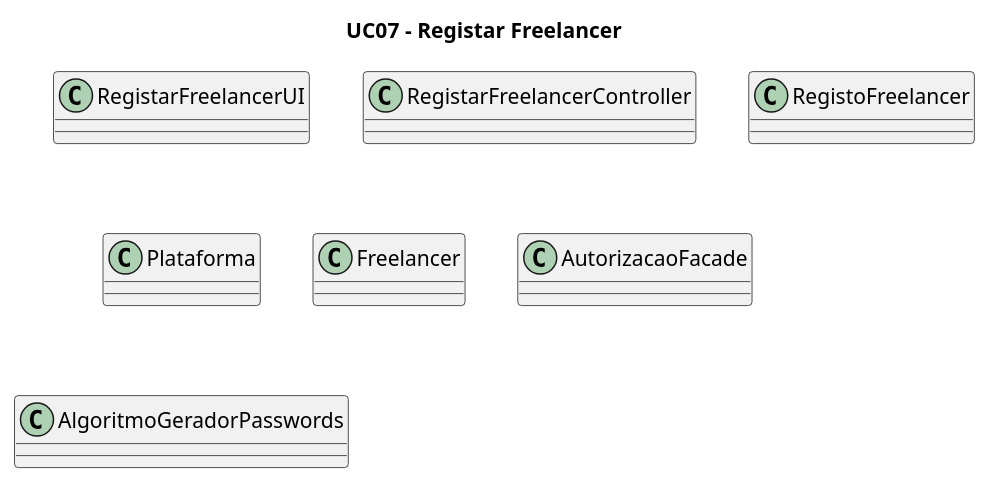
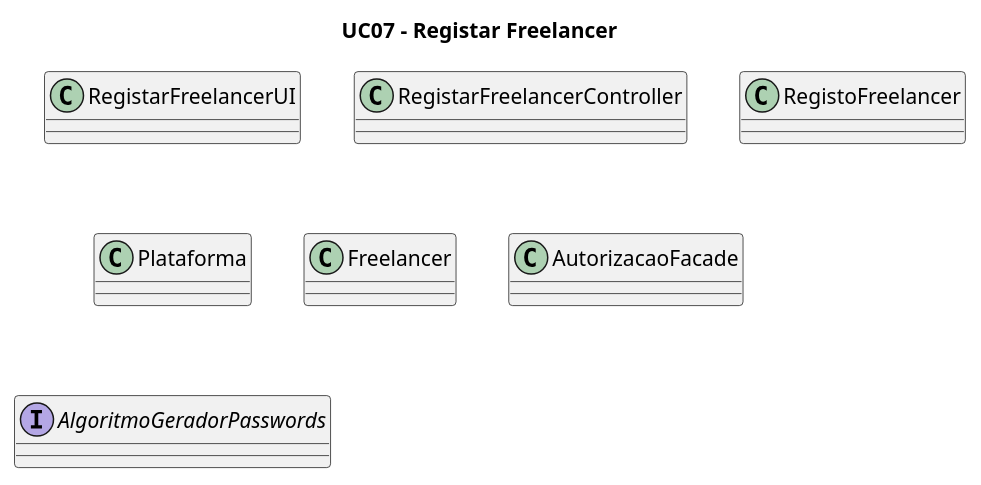
The diagram in Documentação/Sprint 3/UC07_Registar_Freelancer/UC07_Registar_Freelancer_Diagrama_Classes.puml (blestonbandeiraUPSKILL/upskill_java1_labprg_grupo2), drawn with PlantUML before and after one commit.

```diff
--- a/Documentação/Sprint 3/UC07_Registar_Freelancer/UC07_Registar_Freelancer_Diagrama_Classes.puml
+++ b/Documentação/Sprint 3/UC07_Registar_Freelancer/UC07_Registar_Freelancer_Diagrama_Classes.puml
@@ -1,25 +1,25 @@
 @startuml
 
 title UC07 - Registar Freelancer
 
 class RegistarFreelancerUI {
 }
 
 class RegistarFreelancerController {
 }
 
 class RegistoFreelancer {
 }
 
 class Plataforma {
 }
 
 class Freelancer {
 }
 
 class AutorizacaoFacade {
 }
 
-class AlgoritmoGeradorPasswords {
+interface AlgoritmoGeradorPasswords {
 }
 @enduml
```
